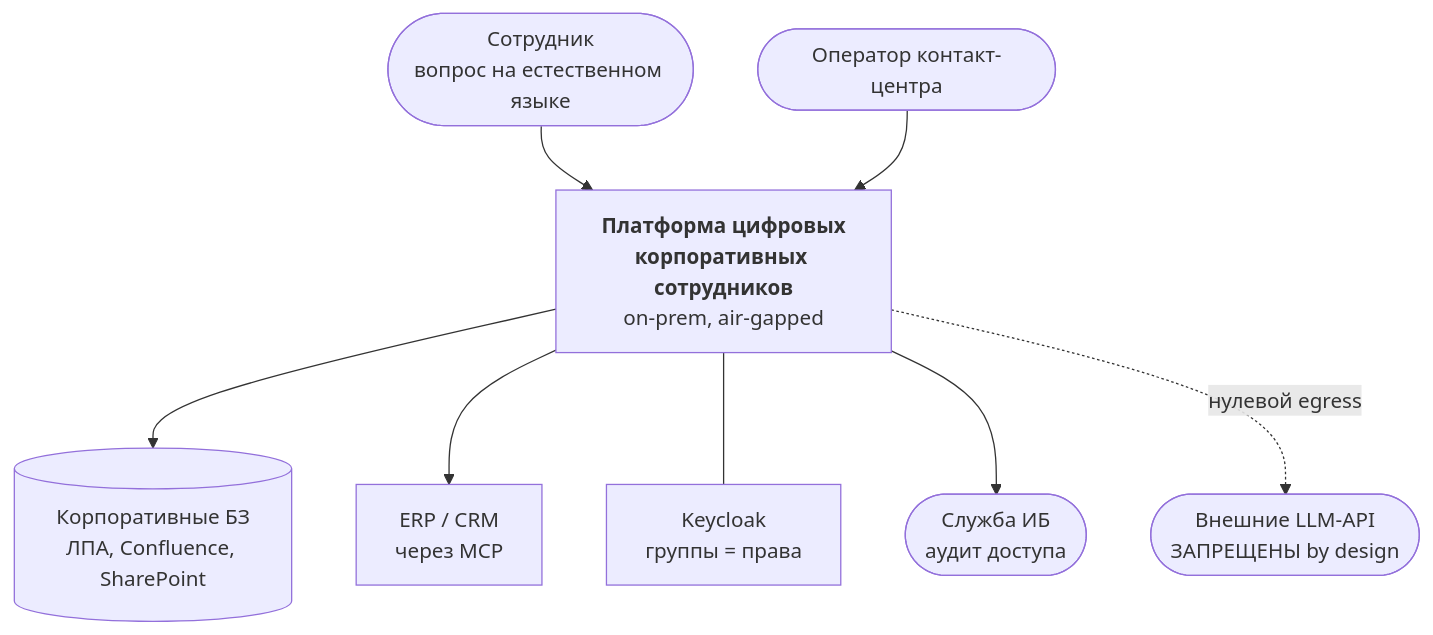
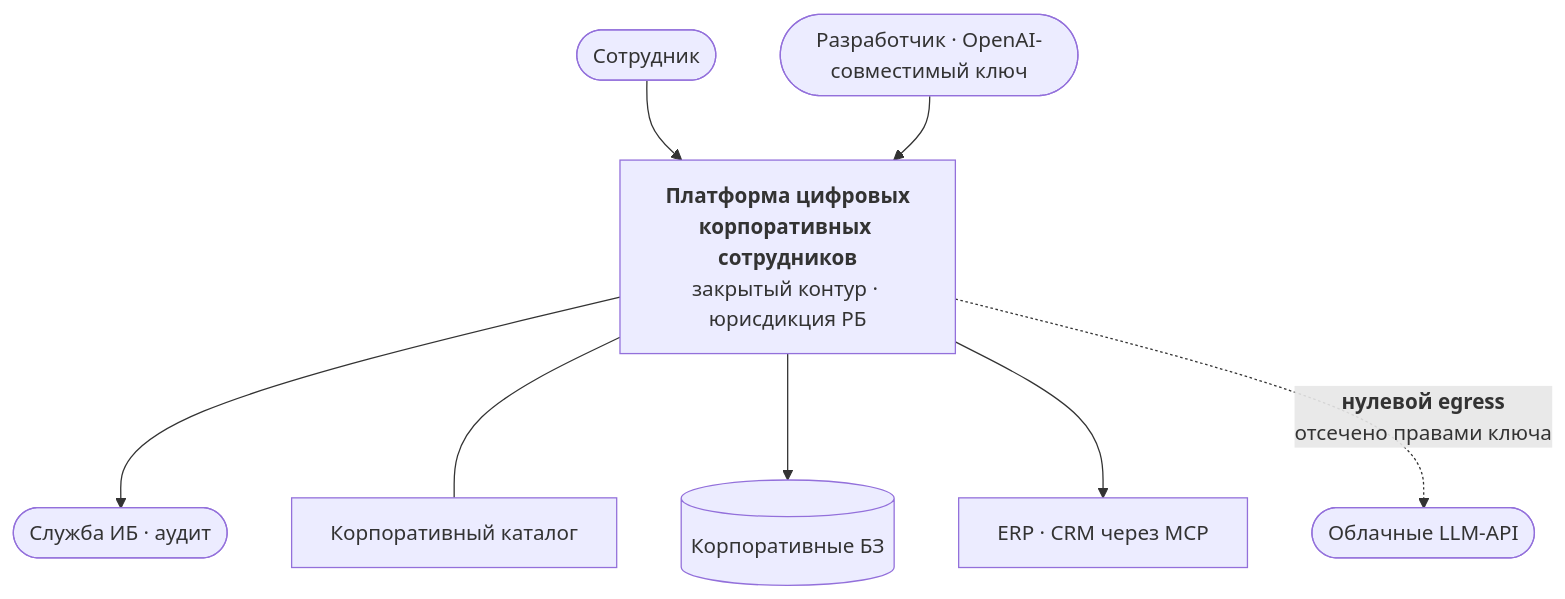
One commit to ZubikIT/ai-architect changed the first of 5 diagrams in final-project/docs/presentation.md. Above: the diagram before and after it, drawn with Mermaid. The commit also changed other lines of this file and 6 other files, not shown here.

````diff
--- a/final-project/docs/presentation.md
+++ b/final-project/docs/presentation.md
@@ -101,21 +91,16 @@
 ```mermaid
 flowchart TB
-  emp(["Сотрудник<br/>вопрос на естественном языке"])
-  ops(["Оператор контакт-центра"])
-  sec(["Служба ИБ<br/>аудит доступа"])
+  emp(["Сотрудник"])
+  dev(["Разработчик · OpenAI-совместимый ключ"])
+  sec(["Служба ИБ · аудит"])
+  P["<b>Платформа цифровых<br/>корпоративных сотрудников</b><br/>закрытый контур · юрисдикция РБ"]
+  kc["Корпоративный каталог"]
+  kb[("Корпоративные БЗ")]
+  erp["ERP · CRM через MCP"]
 
-  P["<b>Платформа цифровых<br/>корпоративных сотрудников</b><br/>on-prem, air-gapped"]
-
-  kb[("Корпоративные БЗ<br/>ЛПА, Confluence, SharePoint")]
-  erp["ERP / CRM<br/>через MCP"]
-  kc["Keycloak<br/>группы = права"]
-
-  emp --> P
-  ops --> P
-  P --> kb
-  P --> erp
+  emp & dev --> P
+  P --> sec
   P --- kc
-  P --> sec
-
-  P -.->|"нулевой egress"| X(["Внешние LLM-API<br/>ЗАПРЕЩЕНЫ by design"])
+  P --> kb & erp
+  P -.->|"<b>нулевой egress</b><br/>отсечено правами ключа"| cloud(["Облачные LLM-API"])
 ```
````
